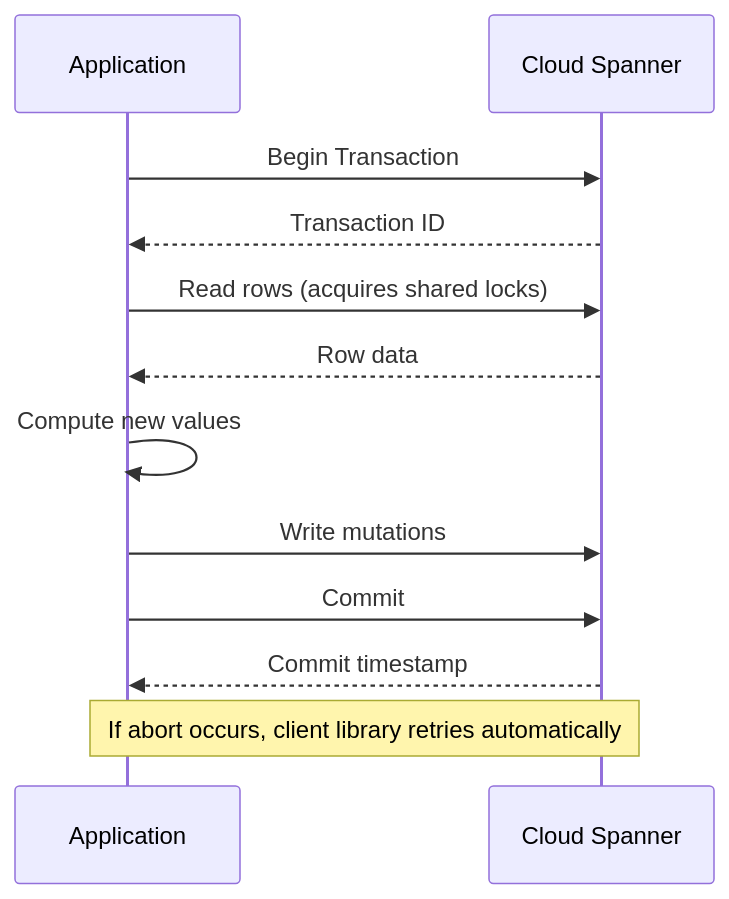
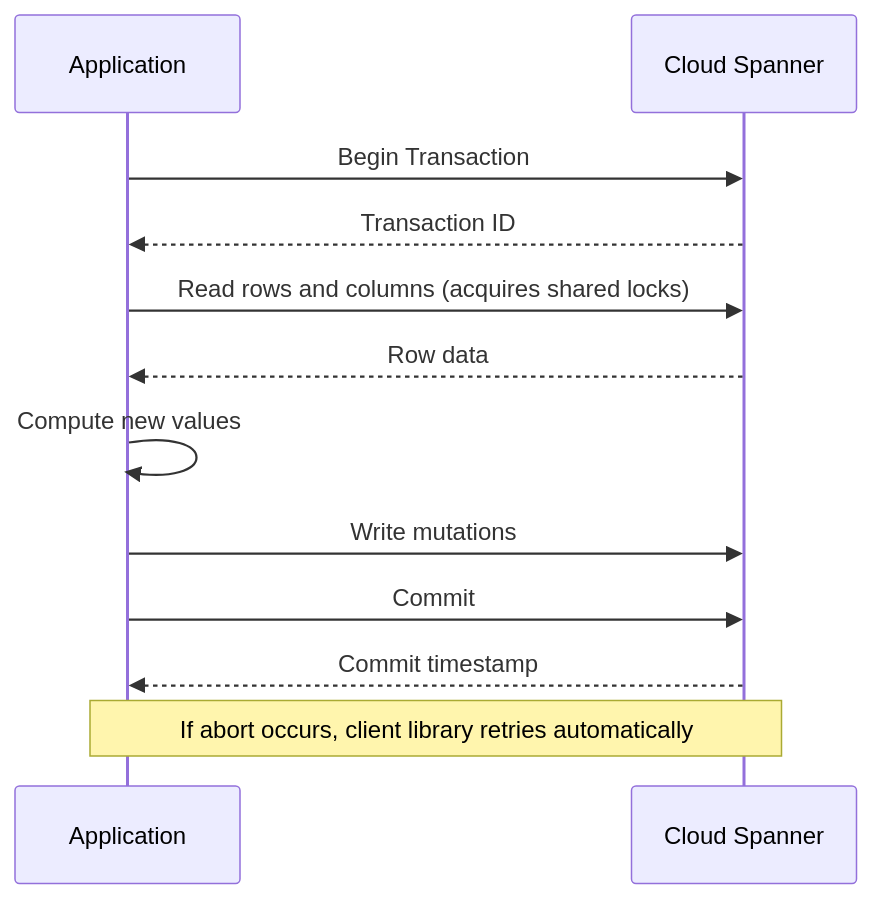
The diagram in posts/2026-02-17-how-to-use-read-write-transactions-in-cloud-spanner/README.md (OneUptime/blog), drawn with Mermaid before and after one commit. The commit also changed other lines of this file and 2 other files, not shown here.

Commit message:
validate: 2026-02-17-how-to-use-read-write-transactions-in-cloud-spanner

````diff
--- a/posts/2026-02-17-how-to-use-read-write-transactions-in-cloud-spanner/README.md
+++ b/posts/2026-02-17-how-to-use-read-write-transactions-in-cloud-spanner/README.md
@@ -175,15 +178,15 @@
 ```mermaid
 sequenceDiagram
     participant App as Application
     participant Spanner as Cloud Spanner
 
     App->>Spanner: Begin Transaction
     Spanner-->>App: Transaction ID
-    App->>Spanner: Read rows (acquires shared locks)
+    App->>Spanner: Read rows and columns (acquires shared locks)
     Spanner-->>App: Row data
     App->>App: Compute new values
     App->>Spanner: Write mutations
     App->>Spanner: Commit
     Spanner-->>App: Commit timestamp
     Note over App,Spanner: If abort occurs, client library retries automatically
 ```
````
